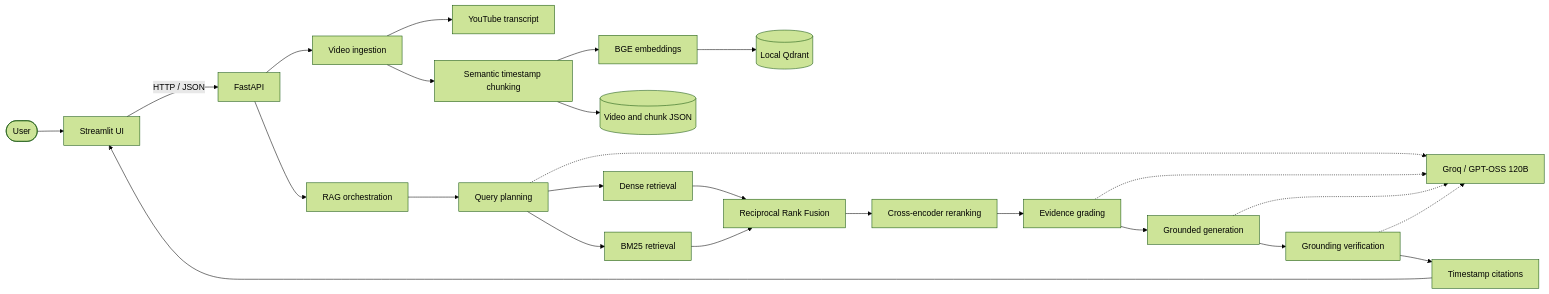
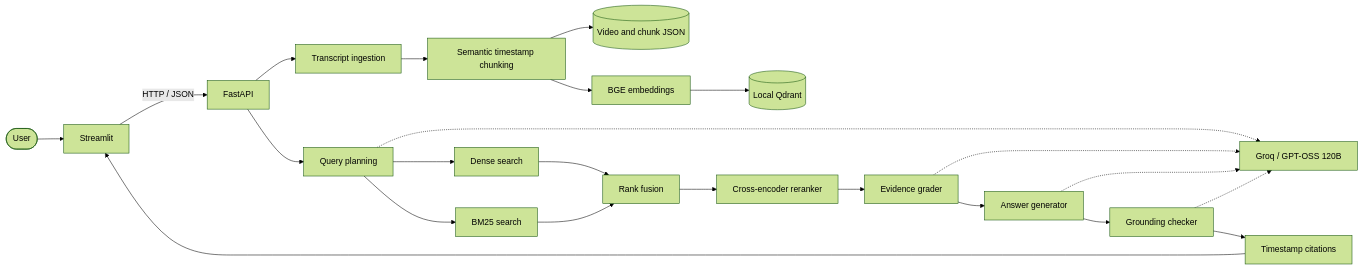
Before and after one commit to rohitkr8527/Youtube_Video_Q-A_System: the diagram in README.md, drawn with Mermaid (forest theme). The commit also changed other lines of this file, not shown here.

````diff
--- a/README.md
+++ b/README.md
@@ -86,31 +62,28 @@
 ```mermaid
 flowchart LR
-    User([User]) --> UI[Streamlit UI]
+    User([User]) --> UI[Streamlit]
     UI -->|HTTP / JSON| API[FastAPI]
 
-    API --> Ingest[Video ingestion]
-    API --> RAG[RAG orchestration]
+    API --> Ingestion[Transcript ingestion]
+    Ingestion --> Chunking[Semantic timestamp chunking]
+    Chunking --> Files[(Video and chunk JSON)]
+    Chunking --> Embeddings[BGE embeddings]
+    Embeddings --> Qdrant[(Local Qdrant)]
 
-    Ingest --> YT[YouTube transcript]
-    Ingest --> Chunk[Semantic timestamp chunking]
-    Chunk --> Embed[BGE embeddings]
-    Embed --> Qdrant[(Local Qdrant)]
-    Chunk --> Files[(Video and chunk JSON)]
+    API --> Planner[Query planning]
+    Planner --> Dense[Dense search]
+    Planner --> Sparse[BM25 search]
+    Dense --> Fusion[Rank fusion]
+    Sparse --> Fusion
+    Fusion --> Reranker[Cross-encoder reranker]
+    Reranker --> Grader[Evidence grader]
+    Grader --> Generator[Answer generator]
+    Generator --> Grounding[Grounding checker]
+    Grounding --> Citations[Timestamp citations]
+    Citations --> UI
 
-    RAG --> Plan[Query planning]
-    Plan --> Dense[Dense retrieval]
-    Plan --> Sparse[BM25 retrieval]
-    Dense --> Fusion[Reciprocal Rank Fusion]
-    Sparse --> Fusion
-    Fusion --> Rerank[Cross-encoder reranking]
-    Rerank --> Grade[Evidence grading]
-    Grade --> Generate[Grounded generation]
-    Generate --> Verify[Grounding verification]
-    Verify --> Cite[Timestamp citations]
-    Cite --> UI
-
-    Plan -.-> LLM[Groq / GPT-OSS 120B]
-    Grade -.-> LLM
-    Generate -.-> LLM
-    Verify -.-> LLM
+    Planner -.-> Groq[Groq / GPT-OSS 120B]
+    Grader -.-> Groq
+    Generator -.-> Groq
+    Grounding -.-> Groq
 ```
````
